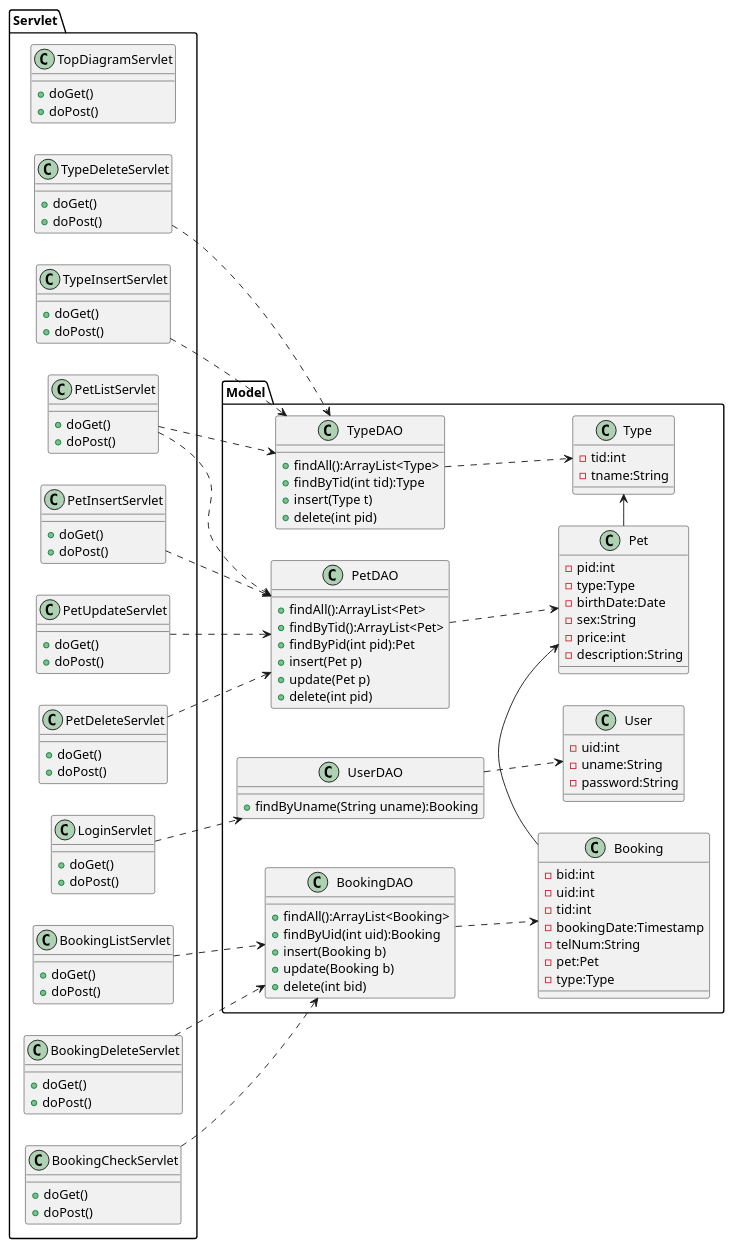
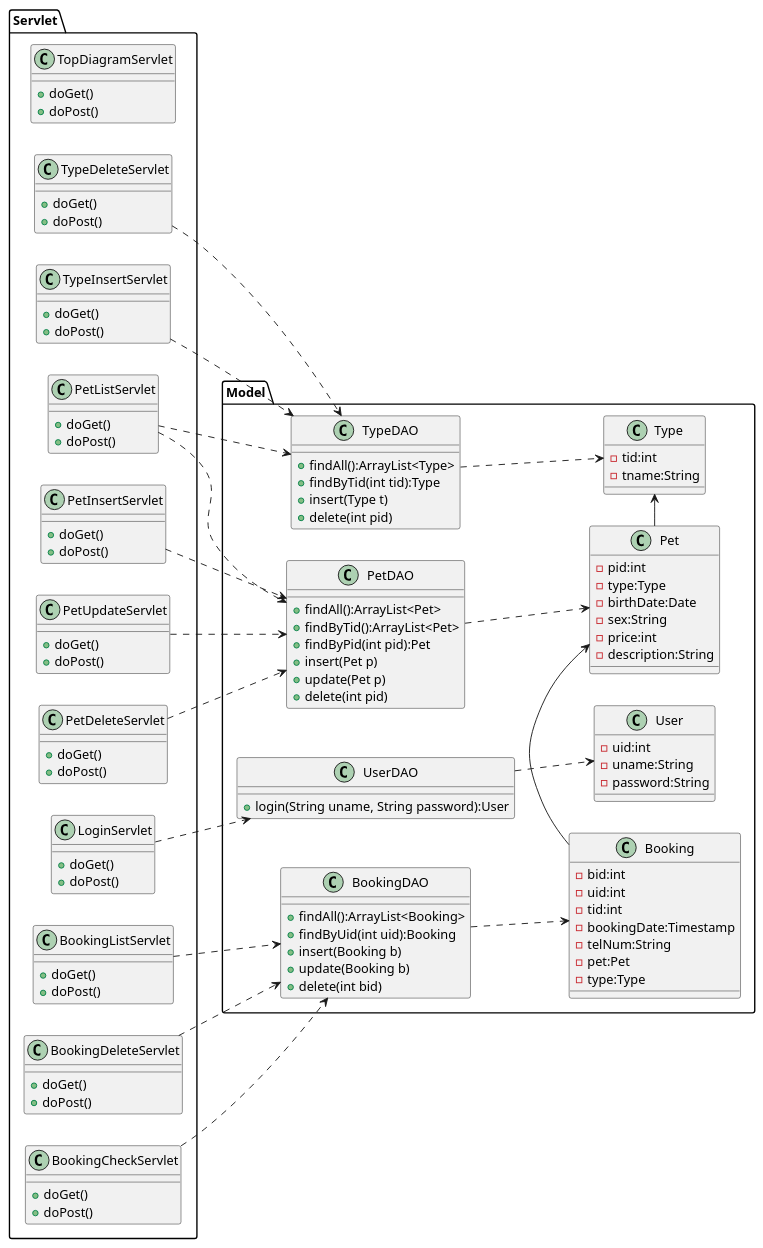
Before and after one commit to Tyamanaka07/WebSystem: the diagram in detail.uml/class.pu, drawn with PlantUML. The commit also changed 1 other file, not shown here.

Commit message:
UserDAOのクラス図修正

```diff
--- a/detail.uml/class.pu
+++ b/detail.uml/class.pu
@@ -1,140 +1,140 @@
 @startuml
 left to right direction
 
 package Model{
 	class Pet{
 		-pid:int
 		-type:Type
 		-birthDate:Date
 		-sex:String
 		-price:int
 		-description:String
 	}
 
 	class Type{
 		-tid:int
 		-tname:String
 	}
 
 	class User{
 		-uid:int
 		-uname:String
 		-password:String
 	}
 
 	class Booking{
 		-bid:int
 		-uid:int
 		-tid:int
 		-bookingDate:Timestamp
 		-telNum:String
 		-pet:Pet
 		-type:Type
 	}
 
 	class PetDAO{
 		+findAll():ArrayList<Pet>
 		+findByTid():ArrayList<Pet>
 		+findByPid(int pid):Pet
 		+insert(Pet p)
 		+update(Pet p)
 		+delete(int pid)
 	}
 
 	class TypeDAO{
 		+findAll():ArrayList<Type>
 		+findByTid(int tid):Type
 		+insert(Type t)
 		+delete(int pid)
 	}
 
 	class UserDAO{
-		+findByUname(String uname):Booking
+		+login(String uname, String password):User
 	}
 
 	class BookingDAO{
 		+findAll():ArrayList<Booking>
 		+findByUid(int uid):Booking
 		+insert(Booking b)
 		+update(Booking b)
 		+delete(int bid)
 	}
 }
 
 package Servlet{
 	class TopDiagramServlet{
 		+doGet()
 		+doPost()
 	}
 
 	class PetListServlet{
 		+doGet()
 		+doPost()
 	}
 
 	class LoginServlet{
 		+doGet()
 		+doPost()
 	}
 
 	class PetInsertServlet{
 		+doGet()
 		+doPost()
 	}
 
 	class PetUpdateServlet{
 		+doGet()
 		+doPost()
 	}
 
 	class PetDeleteServlet{
 		+doGet()
 		+doPost()
 	}
 
 	class TypeInsertServlet{
 		+doGet()
 		+doPost()
 	}
 
 	class TypeDeleteServlet{
 		+doGet()
 		+doPost()
 	}
 
 	class BookingCheckServlet{
 		+doGet()
 		+doPost()
 	}
 
 	class BookingListServlet{
 		+doGet()
 		+doPost()
 	}
 
 	class BookingDeleteServlet{
 		+doGet()
 		+doPost()
 	}
 }
 
 
 PetListServlet..>TypeDAO
 TypeInsertServlet..>TypeDAO
 TypeDeleteServlet..>TypeDAO
 PetListServlet..>PetDAO
 PetInsertServlet..>PetDAO
 PetUpdateServlet..>PetDAO
 PetDeleteServlet..>PetDAO
 LoginServlet..>UserDAO
 BookingCheckServlet..>BookingDAO
 BookingListServlet..>BookingDAO
 BookingDeleteServlet..>BookingDAO
 
 BookingDAO..>Booking
 PetDAO..>Pet
 TypeDAO..>Type
 UserDAO..>User
 Booking->Pet
 Pet->Type
 @enduml
```
